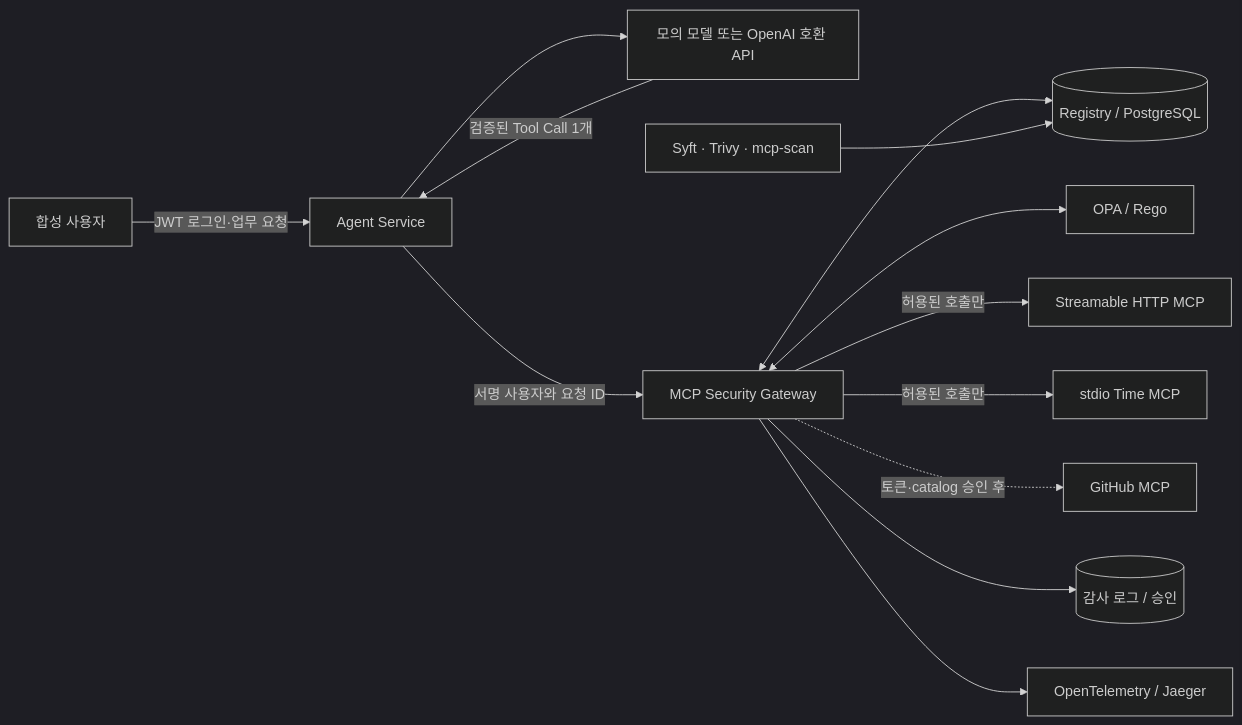
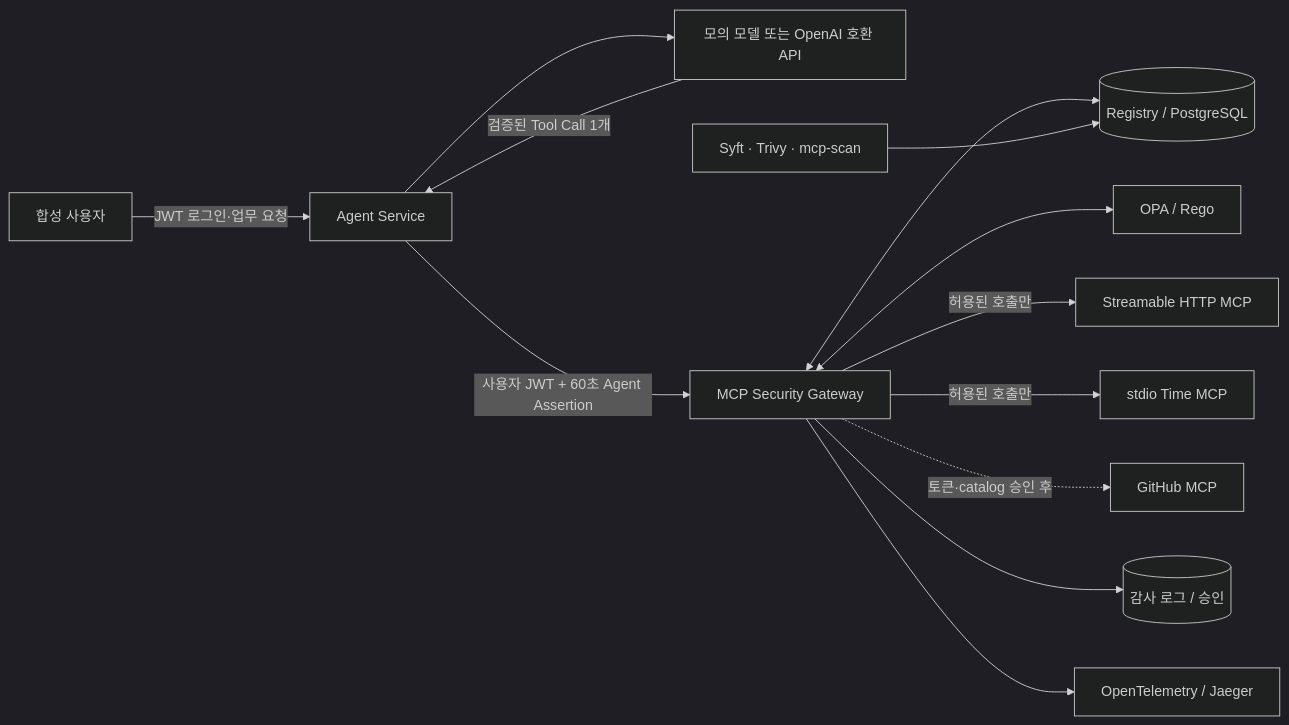
Before and after one commit to MCP-governance/mcp-gateway: the diagram in full_stack_lab/README.md, drawn with Mermaid (dark theme). The commit also changed other lines of this file and 8 other files, not shown here.

````diff
--- a/full_stack_lab/README.md
+++ b/full_stack_lab/README.md
@@ -17,15 +17,15 @@
 ```mermaid
 flowchart LR
     U[합성 사용자] -->|JWT 로그인·업무 요청| AS[Agent Service]
     AS --> M[모의 모델 또는 OpenAI 호환 API]
     M -->|검증된 Tool Call 1개| AS
-    AS -->|서명 사용자와 요청 ID| G[MCP Security Gateway]
+    AS -->|사용자 JWT + 60초 Agent Assertion| G[MCP Security Gateway]
     G <--> R[(Registry / PostgreSQL)]
     G <--> O[OPA / Rego]
     G -->|허용된 호출만| H[Streamable HTTP MCP]
     G -->|허용된 호출만| S[stdio Time MCP]
     G -. 토큰·catalog 승인 후 .-> GH[GitHub MCP]
     G --> A[(감사 로그 / 승인)]
     G --> J[OpenTelemetry / Jaeger]
     SC[Syft · Trivy · mcp-scan] --> R
 ```
````
